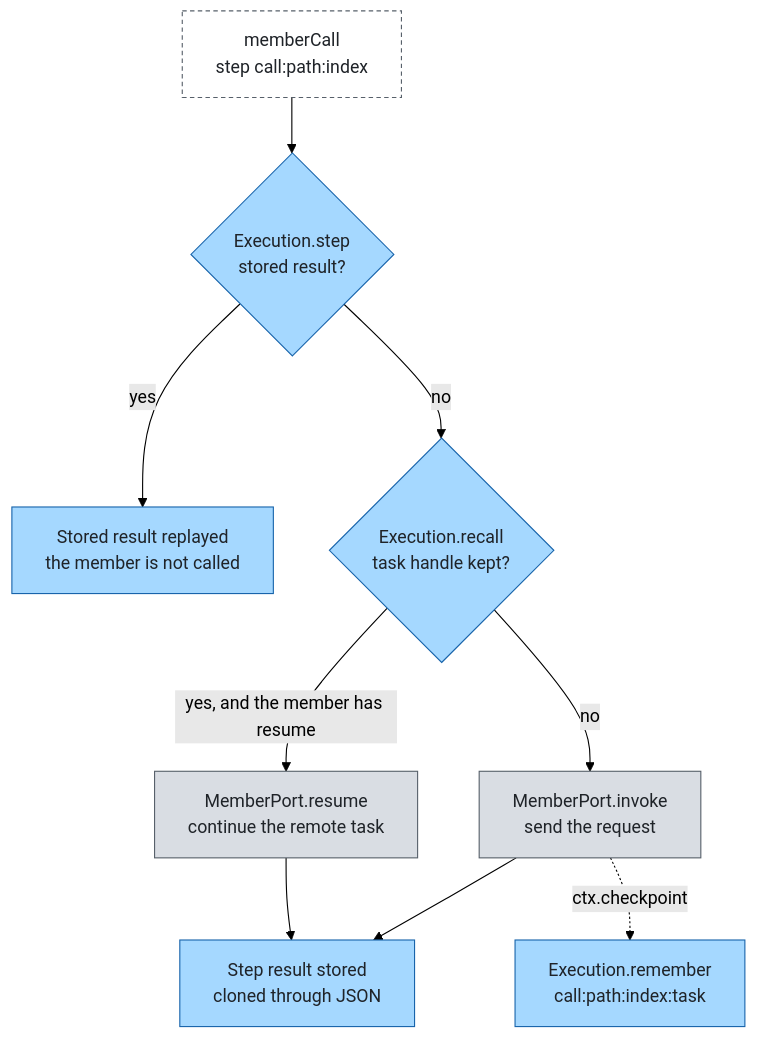
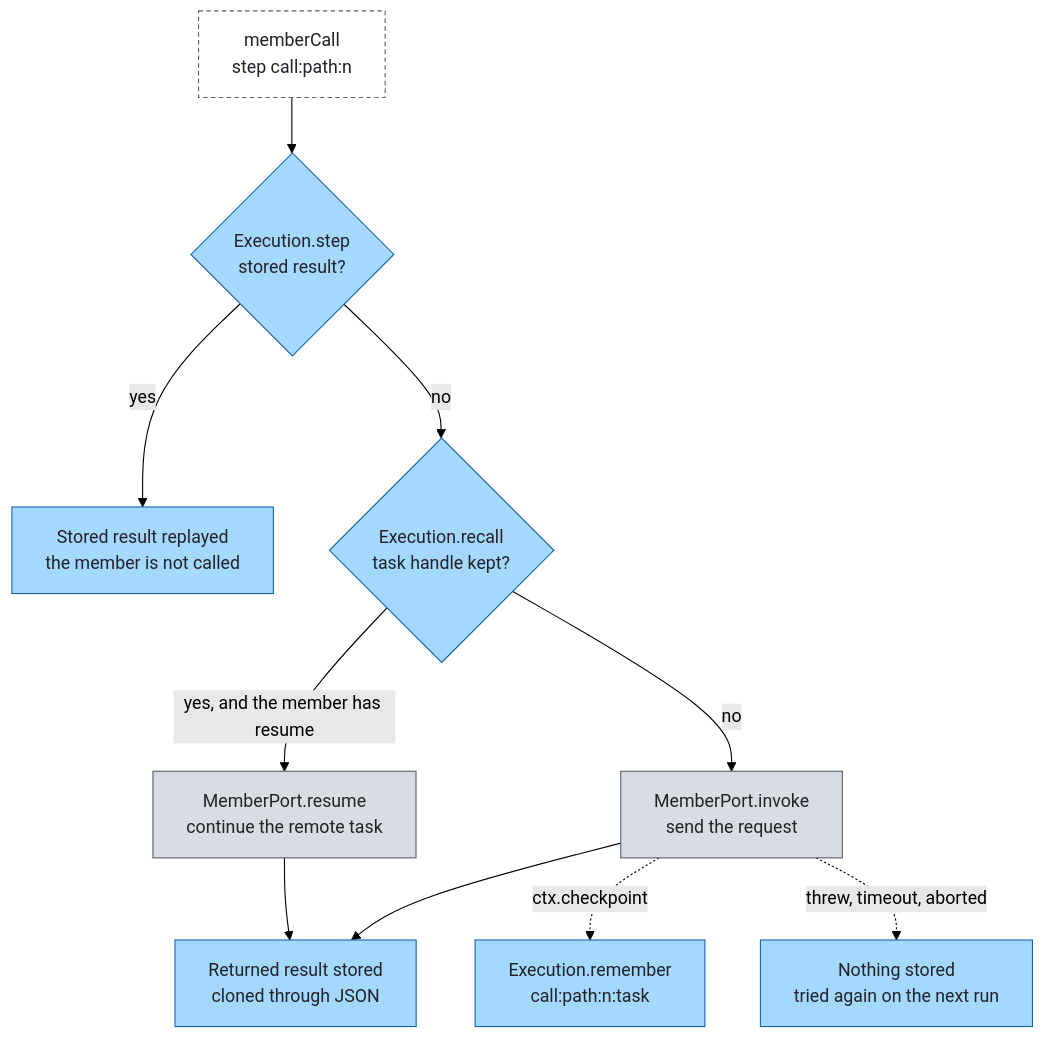
Before and after one commit to aantenore/agent-plexus: the second of 3 diagrams in docs/layers/execution.md, drawn with Mermaid (forest theme). The commit also changed other lines of this file and 69 other files, not shown here.

First line of the commit message:
feat: waiting runs resume, sqlite-execution, signed-card policy, handoff and graph

````diff
--- a/docs/layers/execution.md
+++ b/docs/layers/execution.md
@@ -46,14 +51,15 @@
 ```mermaid
 flowchart TB
-  mc["memberCall<br/>step call:path:index"]:::external --> stored{"Execution.step<br/>stored result?"}:::agent
+  mc["memberCall<br/>step call:path:n"]:::external --> stored{"Execution.step<br/>stored result?"}:::agent
   stored -->|"yes"| replay["Stored result replayed<br/>the member is not called"]:::agent
   stored -->|"no"| handle{"Execution.recall<br/>task handle kept?"}:::agent
   handle -->|"yes, and the member has resume"| resume["MemberPort.resume<br/>continue the remote task"]:::foundation
   handle -->|"no"| invoke["MemberPort.invoke<br/>send the request"]:::foundation
-  invoke -.->|"ctx.checkpoint"| keep["Execution.remember<br/>call:path:index:task"]:::agent
-  resume --> save["Step result stored<br/>cloned through JSON"]:::agent
+  invoke -.->|"ctx.checkpoint"| keep["Execution.remember<br/>call:path:n:task"]:::agent
+  resume --> save["Returned result stored<br/>cloned through JSON"]:::agent
   invoke --> save
+  invoke -.->|"threw, timeout, aborted"| none["Nothing stored<br/>tried again on the next run"]:::agent
   classDef foundation fill:#d9dde3,stroke:#57606a,color:#1f2328
   classDef agent fill:#a5d8ff,stroke:#1864ab,color:#1f2328
   classDef external fill:#ffffff,stroke:#57606a,color:#1f2328,stroke-dasharray:4 3
 ```
````
